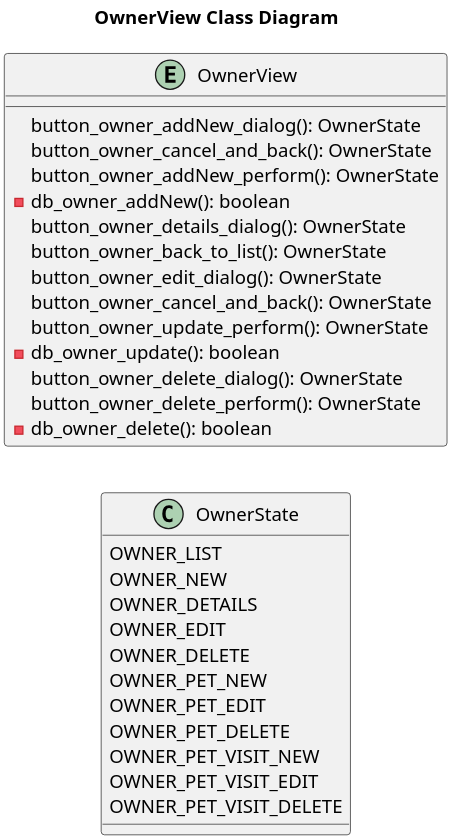
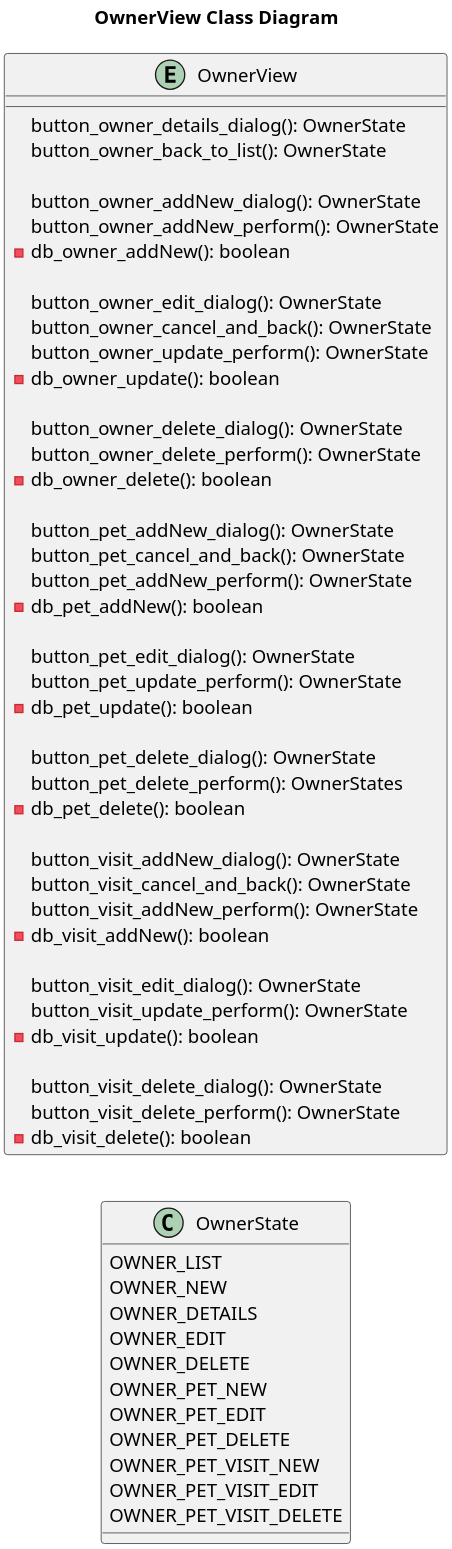
Before and after one commit to Jakarta-EE-Petclinic/petclinic-uml: the diagram in puml/owner/OwnerView__Class.puml, drawn with PlantUML. The commit also changed 6 other files, not shown here.

```diff
--- a/puml/owner/OwnerView__Class.puml
+++ b/puml/owner/OwnerView__Class.puml
@@ -1,45 +1,73 @@
 @startuml
 
 
 title OwnerView Class Diagram
 'https://plantuml.com/class-diagram
 
 left to right direction
 'top to bottom direction
 
 scale 1000 width
 
 
 class OwnerState {
     OWNER_LIST
     OWNER_NEW
     OWNER_DETAILS
     OWNER_EDIT
     OWNER_DELETE
     OWNER_PET_NEW
     OWNER_PET_EDIT
     OWNER_PET_DELETE
     OWNER_PET_VISIT_NEW
     OWNER_PET_VISIT_EDIT
     OWNER_PET_VISIT_DELETE
 }
 
 entity OwnerView {
+    button_owner_details_dialog(): OwnerState
+    button_owner_back_to_list(): OwnerState
+
     button_owner_addNew_dialog(): OwnerState
-    button_owner_cancel_and_back(): OwnerState
     button_owner_addNew_perform(): OwnerState
     -db_owner_addNew(): boolean
-    button_owner_details_dialog(): OwnerState
-    button_owner_back_to_list(): OwnerState
+
     button_owner_edit_dialog(): OwnerState
     button_owner_cancel_and_back(): OwnerState
     button_owner_update_perform(): OwnerState
     - db_owner_update(): boolean
+
     button_owner_delete_dialog(): OwnerState
     button_owner_delete_perform(): OwnerState
     - db_owner_delete(): boolean
+
+    button_pet_addNew_dialog(): OwnerState
+    button_pet_cancel_and_back(): OwnerState
+    button_pet_addNew_perform(): OwnerState
+    - db_pet_addNew(): boolean
+
+    button_pet_edit_dialog(): OwnerState
+    button_pet_update_perform(): OwnerState
+    - db_pet_update(): boolean
+
+    button_pet_delete_dialog(): OwnerState
+    button_pet_delete_perform(): OwnerStates
+    - db_pet_delete(): boolean
+
+    button_visit_addNew_dialog(): OwnerState
+    button_visit_cancel_and_back(): OwnerState
+    button_visit_addNew_perform(): OwnerState
+    - db_visit_addNew(): boolean
+
+    button_visit_edit_dialog(): OwnerState
+    button_visit_update_perform(): OwnerState
+   - db_visit_update(): boolean
+
+    button_visit_delete_dialog(): OwnerState
+    button_visit_delete_perform(): OwnerState
+    - db_visit_delete(): boolean
 }
 
 
 
 @enduml
```
